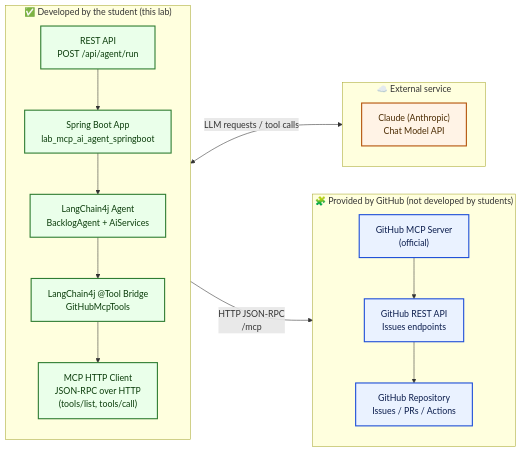
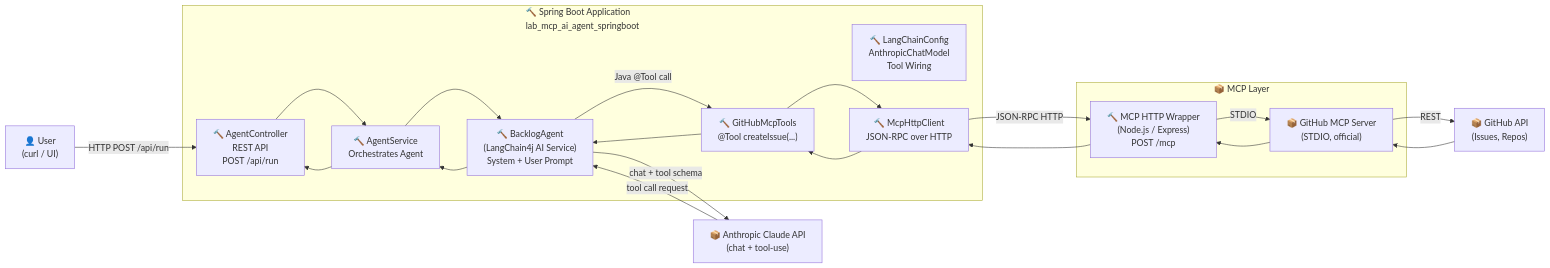
Before and after one commit to nfatousamb282/lab_mcp_ai_agent_springboot: the diagram in README.md, drawn with Mermaid. The commit also changed other lines of this file, not shown here.

Commit message:
fix tuto with MCP wrapper

````diff
--- a/README.md
+++ b/README.md
@@ -40,50 +48,67 @@
 ```mermaid
 flowchart LR
-  %% =========================
-  %% TARGET ARCHITECTURE
-  %% LangChain4j 1.10.0 + MCP + Claude + GitHub MCP Server
-  %% =========================
+    %% =========================
+    %% User / Client
+    %% =========================
+    User["👤 User<br/>(curl / UI)"]
 
-  subgraph STUDENT["✅ Developed by the student (this lab)"]
-    direction TB
+    %% =========================
+    %% Spring Boot App (Student)
+    %% =========================
+    subgraph SB["🔨 Spring Boot Application<br/>lab_mcp_ai_agent_springboot"]
+        AgentController["🔨 AgentController<br/>REST API<br/>POST /api/run"]
 
-    SB["Spring Boot App<br/>lab_mcp_ai_agent_springboot"]
-    API["REST API<br/>POST /api/agent/run"]
-    LC["LangChain4j Agent<br/>BacklogAgent + AiServices"]
-    TOOLS["LangChain4j @Tool Bridge<br/>GitHubMcpTools"]
-    MCPCLIENT["MCP HTTP Client<br/>JSON-RPC over HTTP<br/>(tools/list, tools/call)"]
+        AgentService["🔨 AgentService<br/>Orchestrates Agent"]
 
-    API --> SB
-    SB --> LC
-    LC --> TOOLS
-    TOOLS --> MCPCLIENT
-  end
+        BacklogAgent["🔨 BacklogAgent<br/>(LangChain4j AI Service)<br/>System + User Prompt"]
 
-  subgraph GITHUB["🧩 Provided by GitHub (not developed by students)"]
-    direction TB
+        LangChainConfig["🔨 LangChainConfig<br/>AnthropicChatModel<br/>Tool Wiring"]
 
-    MCPSERVER["GitHub MCP Server<br/>(official)"]
-    GHAPI["GitHub REST API<br/>Issues endpoints"]
-    GHREPO["GitHub Repository<br/>Issues / PRs / Actions"]
-    MCPSERVER --> GHAPI
-    GHAPI --> GHREPO
-  end
+        GitHubMcpTools["🔨 GitHubMcpTools<br/>@Tool createIssue(...)"]
 
-  subgraph ANTHROPIC["☁️ External service"]
-    direction TB
-    CLAUDE["Claude (Anthropic)<br/>Chat Model API"]
-  end
+        McpHttpClient["🔨 McpHttpClient<br/>JSON-RPC over HTTP"]
+    end
 
-  %% External calls
-  LC <-- "LLM requests / tool calls" --> CLAUDE
-  MCPCLIENT -->|"HTTP JSON-RPC<br/>/mcp"| MCPSERVER
+    %% =========================
+    %% External AI
+    %% =========================
+    Claude["📦 Anthropic Claude API<br/>(chat + tool-use)"]
 
-  %% Notes (optional)
-  classDef student fill:#eaffea,stroke:#2f7d32,stroke-width:2px,color:#0b3d0b;
-  classDef github fill:#eaf2ff,stroke:#1d4ed8,stroke-width:2px,color:#0b1d4d;
-  classDef external fill:#fff3e6,stroke:#b45309,stroke-width:2px,color:#4a2a00;
+    %% =========================
+    %% MCP Layer
+    %% =========================
+    subgraph MCP["📦 MCP Layer"]
+        MCPWrapper["🔨 MCP HTTP Wrapper<br/>(Node.js / Express)<br/>POST /mcp"]
+        GitHubMCP["📦 GitHub MCP Server<br/>(STDIO, official)"]
+    end
 
-  class SB,API,LC,TOOLS,MCPCLIENT student;
-  class MCPSERVER,GHAPI,GHREPO github;
-  class CLAUDE external;
+    %% =========================
+    %% GitHub
+    %% =========================
+    GitHub["📦 GitHub API<br/>(Issues, Repos)"]
+
+    %% =========================
+    %% Flows
+    %% =========================
+    User -->|HTTP POST /api/run| AgentController
+    AgentController --> AgentService
+    AgentService --> BacklogAgent
+
+    BacklogAgent -->|chat + tool schema| Claude
+    Claude -->|tool call request| BacklogAgent
+
+    BacklogAgent -->|Java @Tool call| GitHubMcpTools
+    GitHubMcpTools --> McpHttpClient
+
+    McpHttpClient -->|JSON-RPC HTTP| MCPWrapper
+    MCPWrapper -->|STDIO| GitHubMCP
+    GitHubMCP -->|REST| GitHub
+
+    GitHub --> GitHubMCP
+    GitHubMCP --> MCPWrapper
+    MCPWrapper --> McpHttpClient
+    McpHttpClient --> GitHubMcpTools
+    GitHubMcpTools --> BacklogAgent
+    BacklogAgent --> AgentService
+    AgentService --> AgentController
 ```
````
